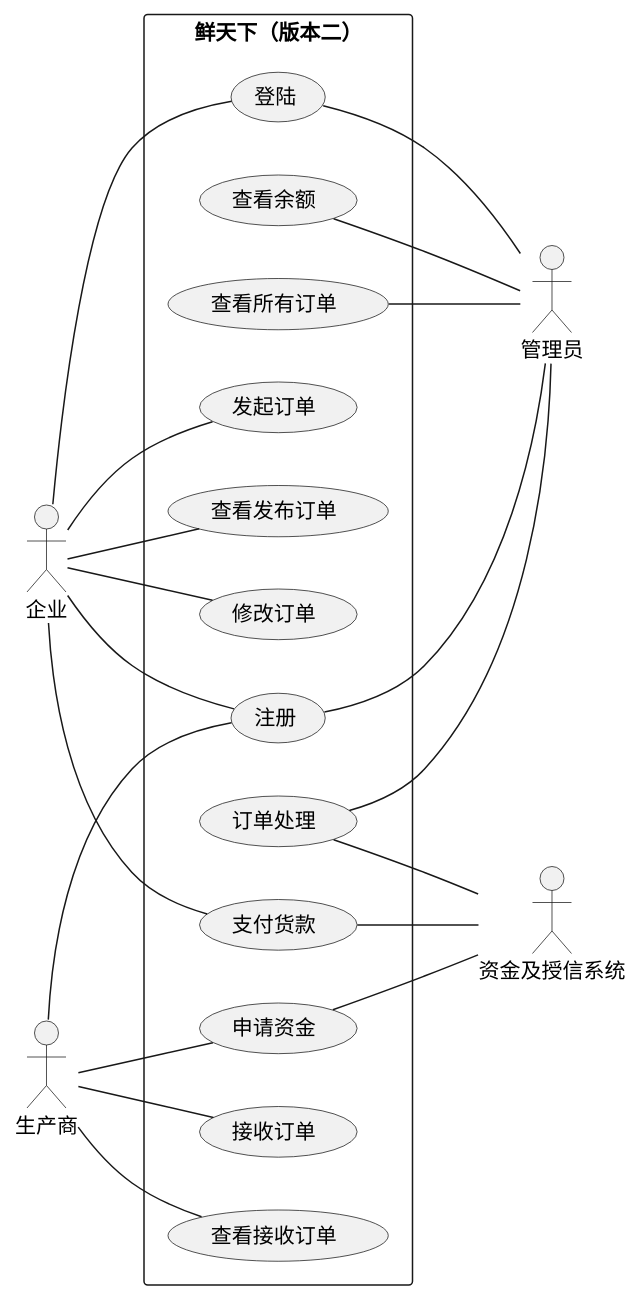
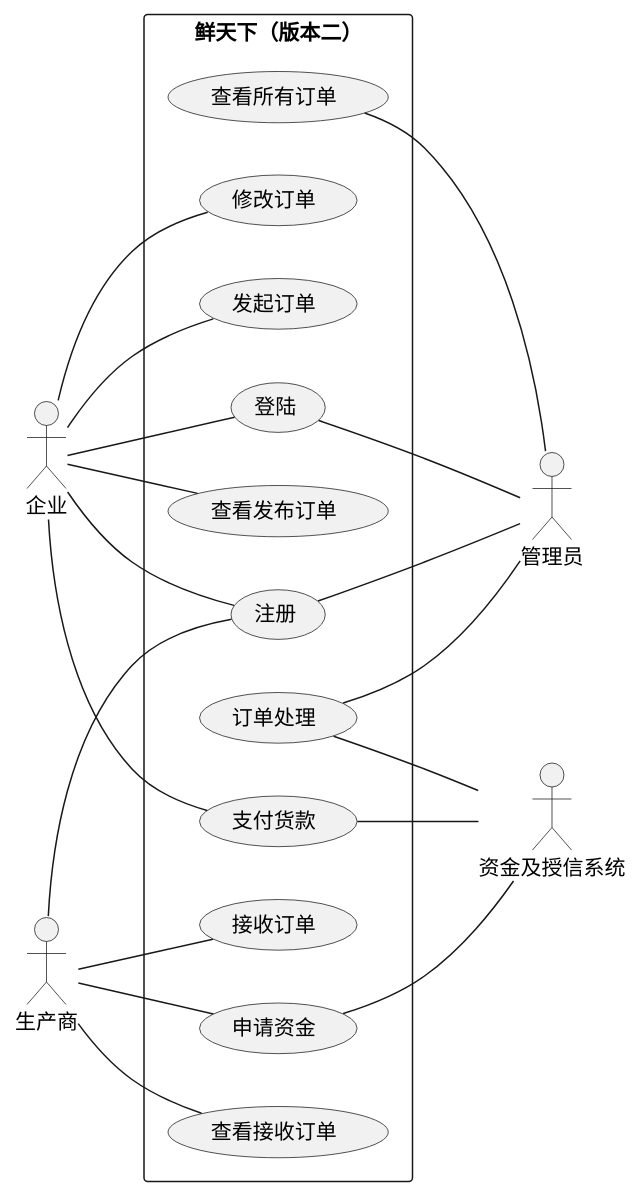
Before and after one commit to wwyf/Waterfall: the diagram in report/figure/usecase.wsd, drawn with PlantUML.

```diff
--- a/report/figure/usecase.wsd
+++ b/report/figure/usecase.wsd
@@ -28,29 +28,28 @@
 @startuml
 left to right direction
 skinparam packageStyle rectangle
 ' skinparam roundcorner 80
 actor 企业
 actor 生产商
 actor 管理员
 actor 资金及授信系统
 rectangle 鲜天下（版本二） {
   企业 -- (注册)  
   企业 -- (登陆) 
   企业 -- (发起订单)
   企业 -- (支付货款)
   企业 -- (查看发布订单)
   企业 -- (修改订单) 
   (订单处理) -- 管理员
   (登陆) -- 管理员
-  (查看余额) -- 管理员
   (注册) -- 管理员
   (查看所有订单) -- 管理员
   (支付货款) -- 资金及授信系统
   (订单处理) -- 资金及授信系统
   (申请资金) -- 资金及授信系统
   生产商 -- (接收订单)
   生产商 -- (申请资金)
   生产商 -- (注册)
   生产商 -- (查看接收订单) 
 }
 @enduml
```
